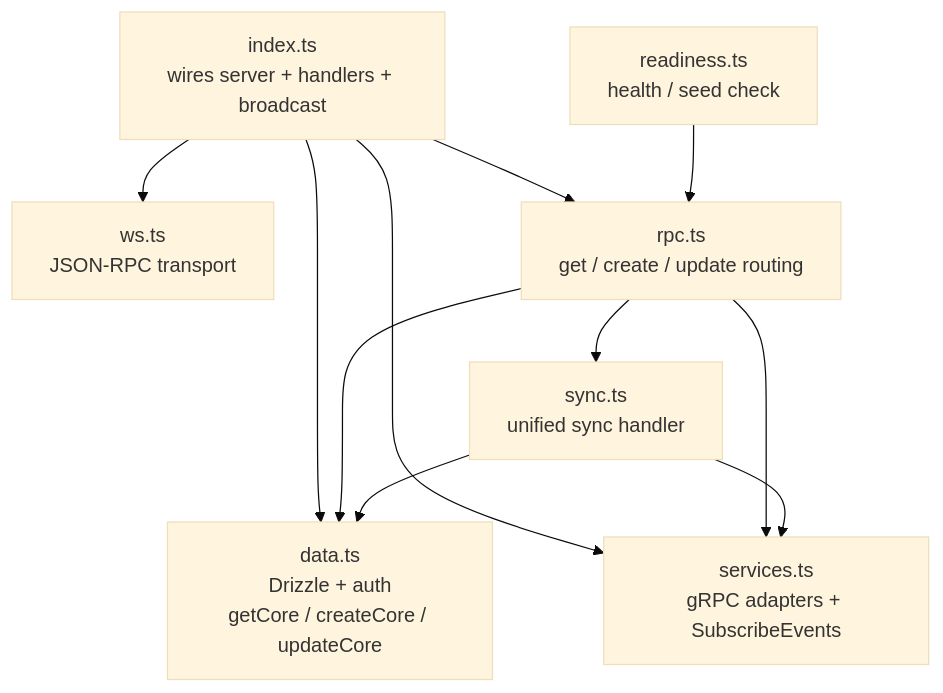
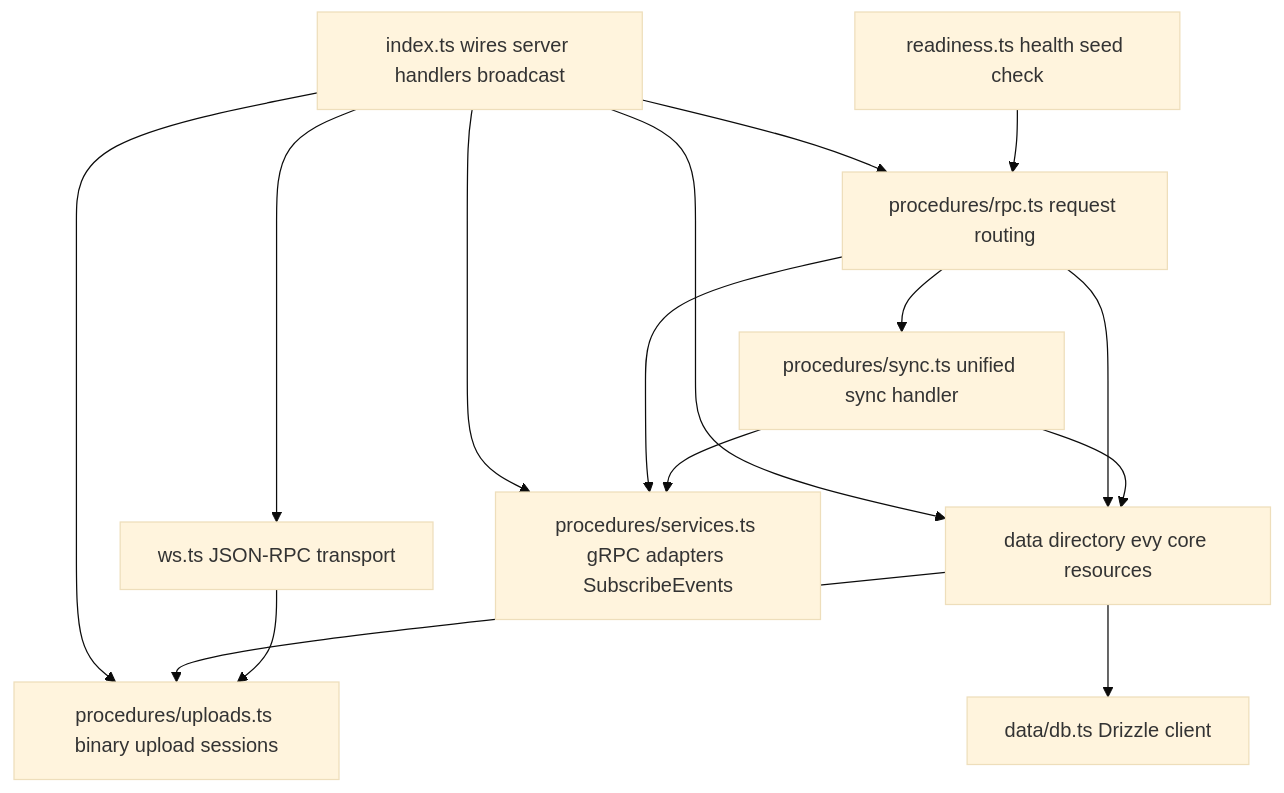
Before and after one commit to EVY-Platform/evy: the third of 3 diagrams in api/README.md, drawn with Mermaid (base theme). The commit also changed other lines of this file and 116 other files, not shown here.

First line of the commit message:
[FEAT] Image upload over WebSocket with chunked RPC (#199)

````diff
--- a/api/README.md
+++ b/api/README.md
@@ -94,21 +89,27 @@
 ```mermaid
 flowchart TD
-    index[index.ts<br/>wires server + handlers + broadcast]
-    ws[ws.ts<br/>JSON-RPC transport]
-    rpc[rpc.ts<br/>get / create / update routing]
-    data[data.ts<br/>Drizzle + auth<br/>getCore / createCore / updateCore]
-    services[services.ts<br/>gRPC adapters + SubscribeEvents]
-    sync[sync.ts<br/>unified sync handler]
-    readiness[readiness.ts<br/>health / seed check]
+    index[index.ts wires server handlers broadcast]
+    ws[ws.ts JSON-RPC transport]
+    rpc[procedures/rpc.ts request routing]
+    data[data directory evy core resources]
+    db[data/db.ts Drizzle client]
+    services[procedures/services.ts gRPC adapters SubscribeEvents]
+    sync[procedures/sync.ts unified sync handler]
+    uploads[procedures/uploads.ts binary upload sessions]
+    readiness[readiness.ts health seed check]
 
     index --> ws
     index --> rpc
     index --> data
     index --> services
+    index --> uploads
     rpc --> data
     rpc --> services
     rpc --> sync
+    data --> db
+    data --> uploads
+    ws --> uploads
     sync --> data
     sync --> services
     readiness --> rpc
 ```
````
